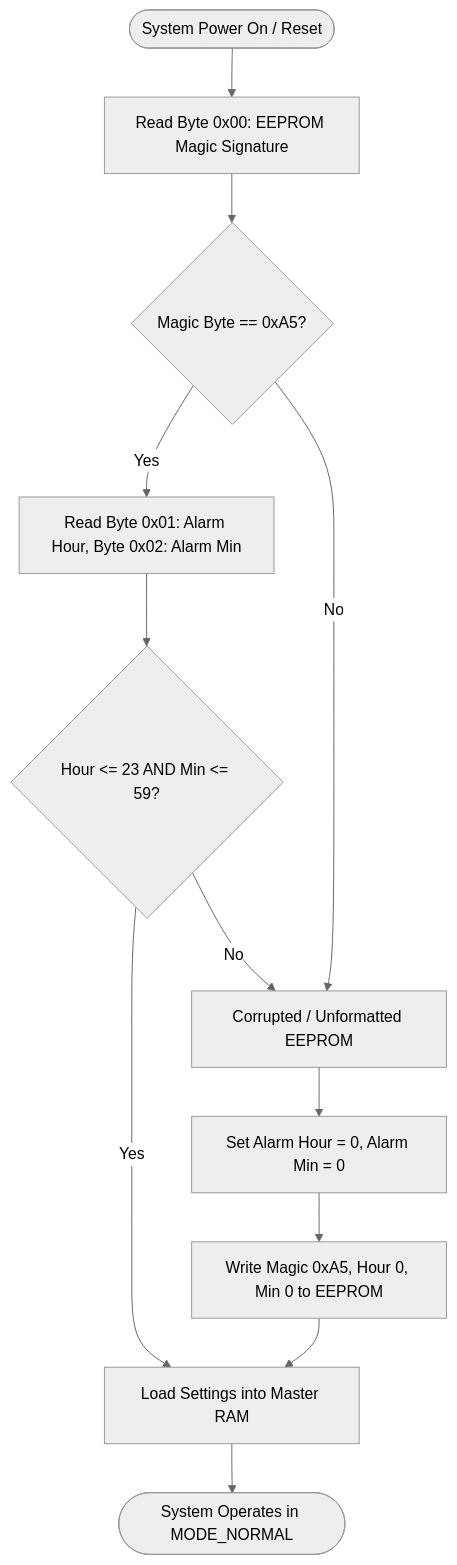
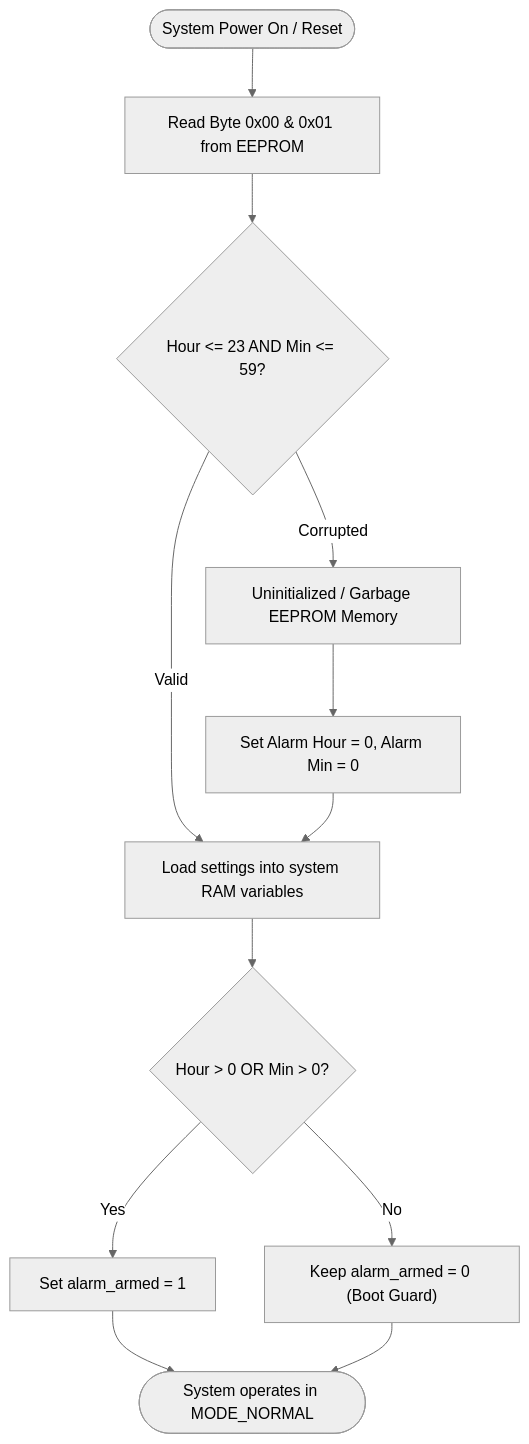
The tenth of 12 diagrams in README.md (zok213/porygon), drawn with Mermaid (neutral theme) before and after one commit. The commit also changed other lines of this file and 14 other files, not shown here.

````diff
--- a/README.md
+++ b/README.md
@@ -240,17 +514,18 @@
 ```mermaid
 flowchart TD
-    Start(["System Power On / Reset"]) --> ReadHeader["Read Byte 0x00: EEPROM Magic Signature"]
-    ReadHeader --> CheckMagic{"Magic Byte == 0xA5?"}
+    Start(["System Power On / Reset"]) --> ReadHeader["Read Byte 0x00 & 0x01 from EEPROM"]
+    ReadHeader --> ValidateRange{"Hour <= 23 AND Min <= 59?"}
     
-    CheckMagic -- Yes --> ReadData["Read Byte 0x01: Alarm Hour, Byte 0x02: Alarm Min"]
-    CheckMagic -- No --> InitDefaults["Corrupted / Unformatted EEPROM"]
-    
-    ReadData --> ValidateRange{"Hour <= 23 AND Min <= 59?"}
-    ValidateRange -- Yes --> ApplySettings["Load Settings into Master RAM"]
-    ValidateRange -- No --> InitDefaults
+    ValidateRange -- Valid --> ApplySettings["Load settings into system RAM variables"]
+    ValidateRange -- Corrupted --> InitDefaults["Uninitialized / Garbage EEPROM Memory"]
     
     InitDefaults --> SetZero["Set Alarm Hour = 0, Alarm Min = 0"]
-    SetZero --> WriteEEPROM["Write Magic 0xA5, Hour 0, Min 0 to EEPROM"]
-    WriteEEPROM --> ApplySettings
-    ApplySettings --> SystemReady(["System Operates in MODE_NORMAL"])
+    SetZero --> ApplySettings
+    
+    ApplySettings --> ArmCheck{"Hour > 0 OR Min > 0?"}
+    ArmCheck -- Yes --> SetArmed["Set alarm_armed = 1"]
+    ArmCheck -- No --> KeepUnarmed["Keep alarm_armed = 0 (Boot Guard)"]
+    
+    SetArmed --> SystemReady(["System operates in MODE_NORMAL"])
+    KeepUnarmed --> SystemReady
 ```
````
